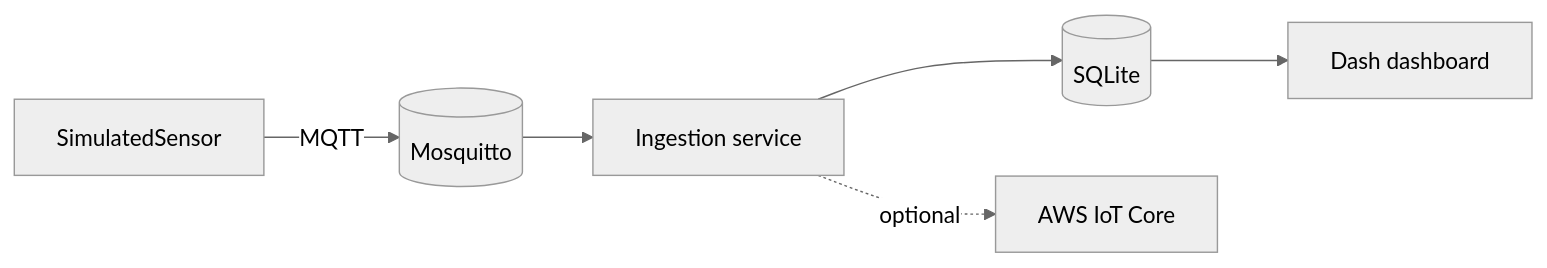
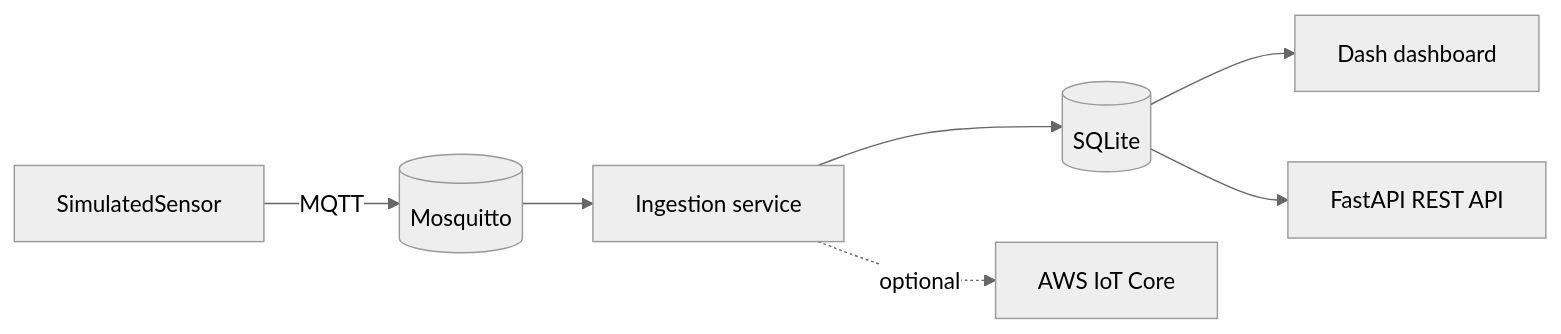
Before and after one commit to maraMoreir/environmental-monitoring: the diagram in README.md, drawn with Mermaid (neutral theme). The commit also changed other lines of this file and 1 other file, not shown here.

First line of the commit message:
docs: document real data source, REST API, and dashboard redesign

````diff
--- a/README.md
+++ b/README.md
@@ -14,8 +14,9 @@
 ```mermaid
 flowchart LR
     SIM[SimulatedSensor] -- MQTT --> MQTT[(Mosquitto)]
     MQTT --> ING[Ingestion service]
     ING --> DB[(SQLite)]
     ING -. optional .-> AWS[AWS IoT Core]
     DB --> DASH[Dash dashboard]
+    DB --> API[FastAPI REST API]
 ```
````
